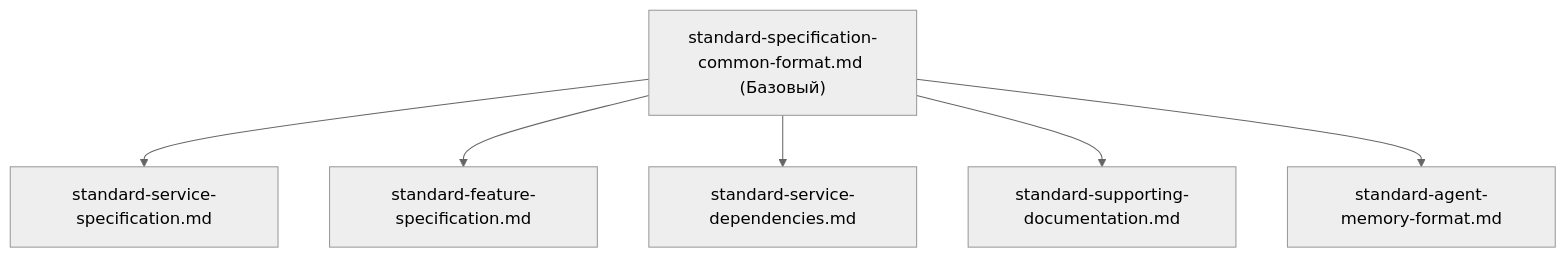
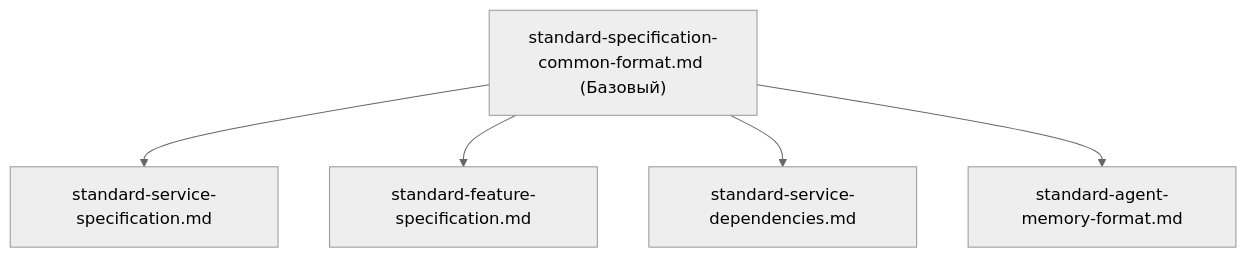
Before and after one commit to pihanya/workplace-scaffold: the diagram in .data/workplace-init-bundle/standards/INDEX.md, drawn with Mermaid (neutral theme). The commit also changed other lines of this file and 6 other files, not shown here.

````diff
--- a/.data/workplace-init-bundle/standards/INDEX.md
+++ b/.data/workplace-init-bundle/standards/INDEX.md
@@ -37,9 +34,8 @@
 ```mermaid
 flowchart TD
     Common["standard-specification-common-format.md (Базовый)"]
     Common --> ServiceSpec["standard-service-specification.md"]
     Common --> FeatureSpec["standard-feature-specification.md"]
     Common --> DepsSpec["standard-service-dependencies.md"]
-    Common --> SupportingDocs["standard-supporting-documentation.md"]
     Common --> AgentMemory["standard-agent-memory-format.md"]
 ```
````
